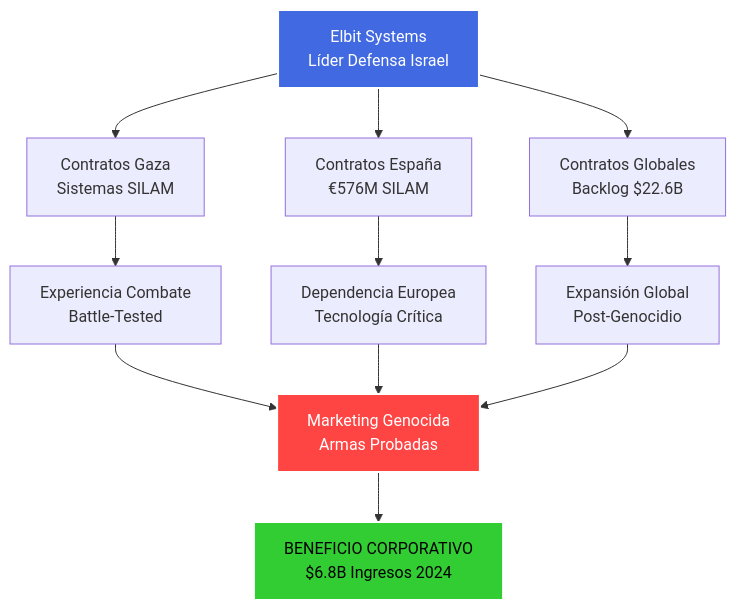
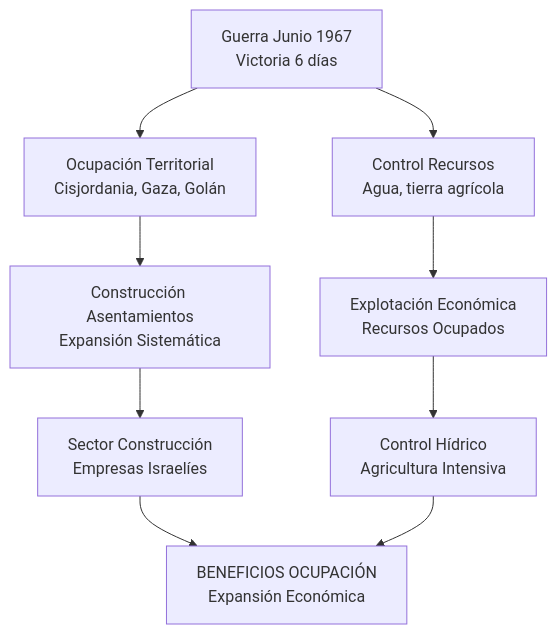
One commit to perpetuocambio/annotations changed the third of 54 diagrams in intel/israel_geopolitical_analysis.md. Above: the diagram before and after it, drawn with Mermaid. The commit also changed other lines of this file, not shown here.

````diff
--- a/intel/israel_geopolitical_analysis.md
+++ b/intel/israel_geopolitical_analysis.md
@@ -143,20 +182,14 @@
 ```mermaid
 flowchart TD
-    A[Elbit Systems<br/>Líder Defensa Israel] --> B[Contratos Gaza<br/>Sistemas SILAM]
-    A --> C[Contratos España<br/>€576M SILAM]
-    A --> D[Contratos Globales<br/>Backlog $22.6B]
+    A[Guerra Junio 1967<br/>Victoria 6 días] --> B[Ocupación Territorial<br/>Cisjordania, Gaza, Golán]
+    A --> C[Control Recursos<br/>Agua, tierra agrícola]
 
-    B --> E[Experiencia Combate<br/>Battle-Tested]
-    C --> F[Dependencia Europea<br/>Tecnología Crítica]
-    D --> G[Expansión Global<br/>Post-Genocidio]
+    B --> D[Construcción Asentamientos<br/>Expansión Sistemática]
+    C --> E[Explotación Económica<br/>Recursos Ocupados]
 
-    E --> H[Marketing Genocida<br/>Armas Probadas]
-    F --> H
+    D --> F[Sector Construcción<br/>Empresas Israelíes]
+    E --> G[Control Hídrico<br/>Agricultura Intensiva]
+
+    F --> H[BENEFICIOS OCUPACIÓN<br/>Expansión Económica]
     G --> H
-
-    H --> I[BENEFICIO CORPORATIVO<br/>$6.8B Ingresos 2024]
-
-    style A fill:#4169e1,stroke:#fff,stroke-width:2px,color:#fff
-    style H fill:#ff4444,stroke:#fff,stroke-width:2px,color:#fff
-    style I fill:#32cd32,stroke:#fff,stroke-width:2px,color:#000
 ```
````
